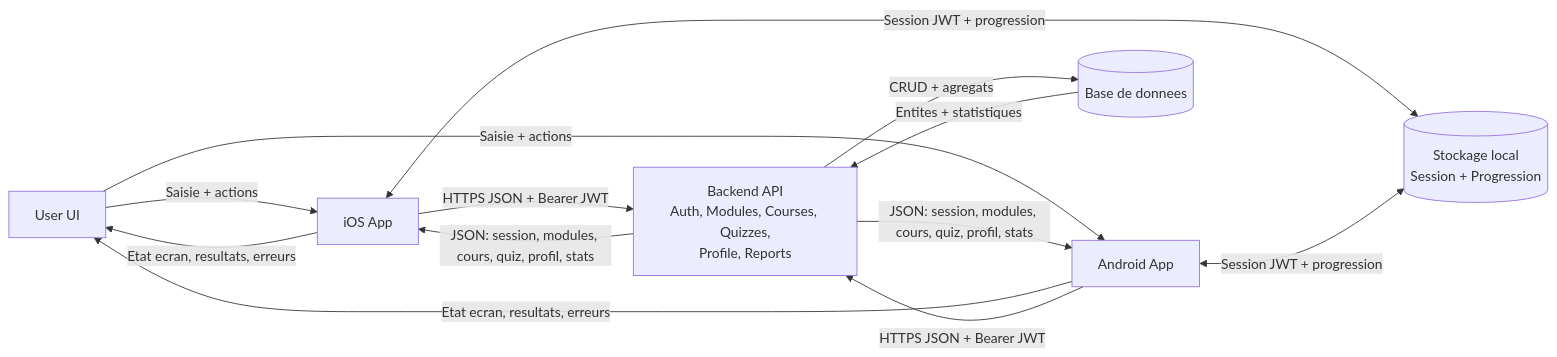
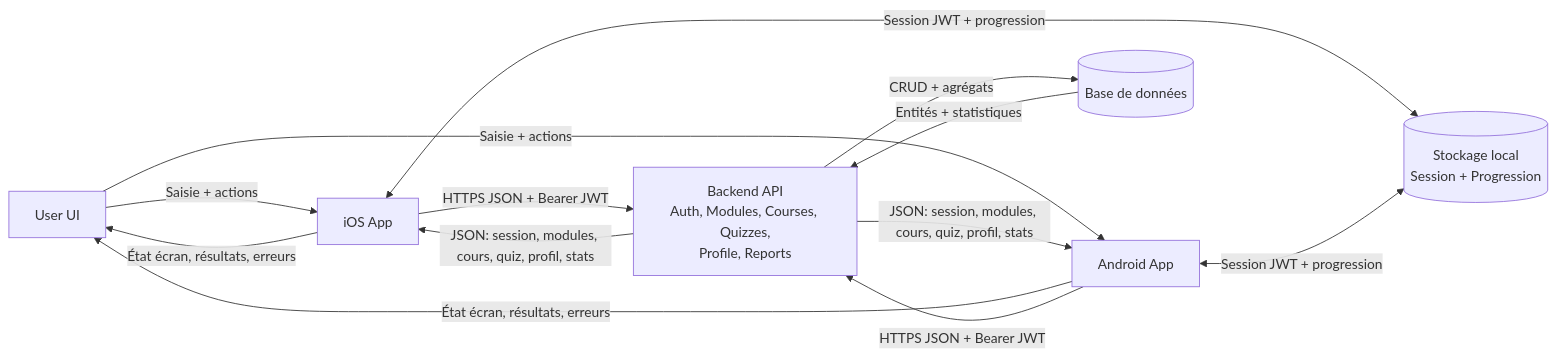
One commit to athiamen/TX_CYBER_GUARDIAN changed the diagram in architecture.md. Above: the diagram before and after it, drawn with Mermaid. The commit also changed other lines of this file, not shown here.

````diff
--- a/architecture.md
+++ b/architecture.md
@@ -29,27 +57,27 @@
 ```mermaid
 flowchart LR
   UI[User UI]
   IOS[iOS App]
   AND[Android App]
   LS[(Stockage local<br/>Session + Progression)]
   API[Backend API<br/>Auth, Modules, Courses, Quizzes,<br/>Profile, Reports]
-  DB[(Base de donnees)]
+  DB[(Base de données)]
 
   UI -->|Saisie + actions| IOS
   UI -->|Saisie + actions| AND
 
-  IOS -->|Etat ecran, resultats, erreurs| UI
-  AND -->|Etat ecran, resultats, erreurs| UI
+  IOS -->|État écran, résultats, erreurs| UI
+  AND -->|État écran, résultats, erreurs| UI
 
   IOS <--> |Session JWT + progression| LS
   AND <--> |Session JWT + progression| LS
 
   IOS -->|HTTPS JSON + Bearer JWT| API
   AND -->|HTTPS JSON + Bearer JWT| API
 
   API -->|JSON: session, modules, cours, quiz, profil, stats| IOS
   API -->|JSON: session, modules, cours, quiz, profil, stats| AND
 
-  API -->|CRUD + agregats| DB
-  DB -->|Entites + statistiques| API
+  API -->|CRUD + agrégats| DB
+  DB -->|Entités + statistiques| API
 ```
````
